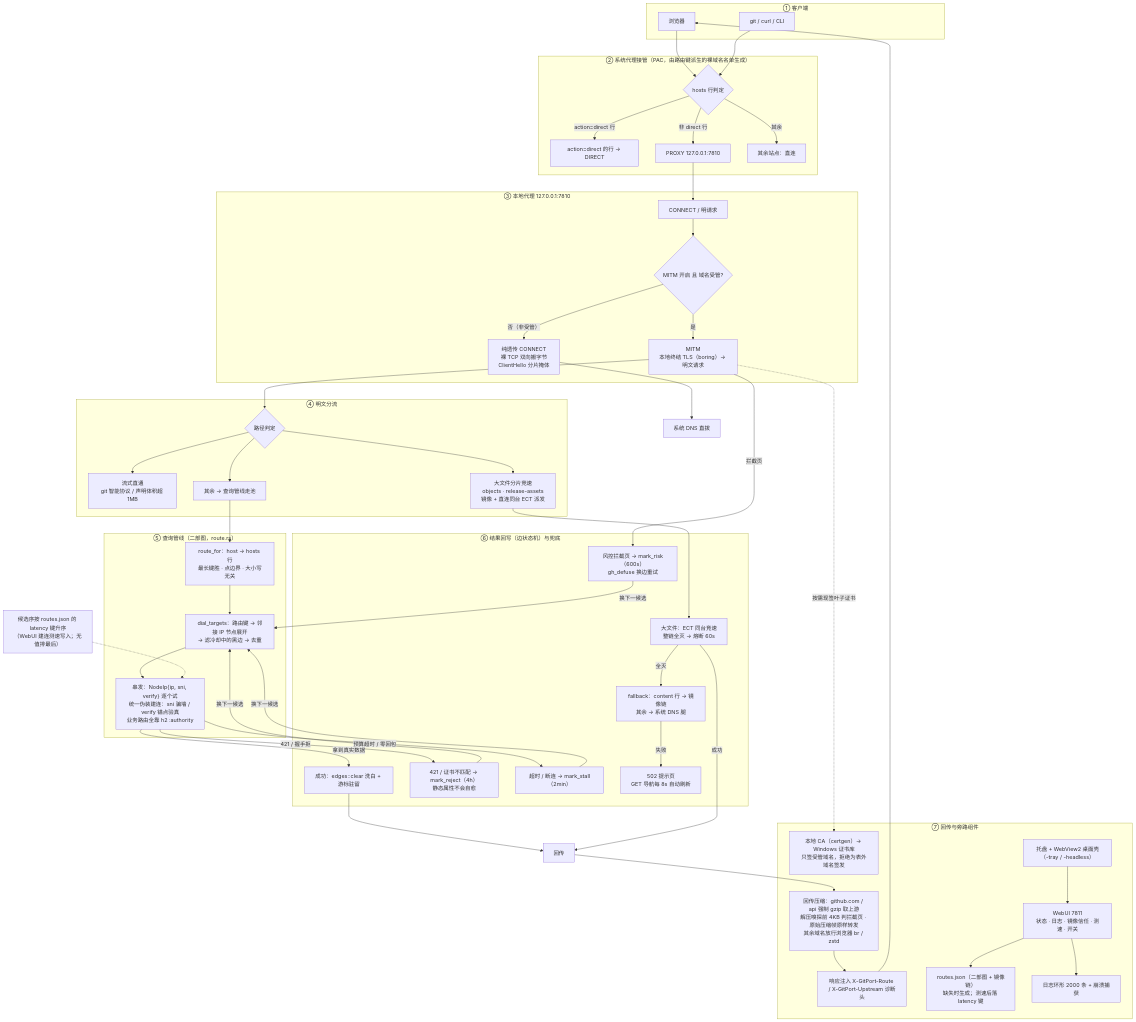
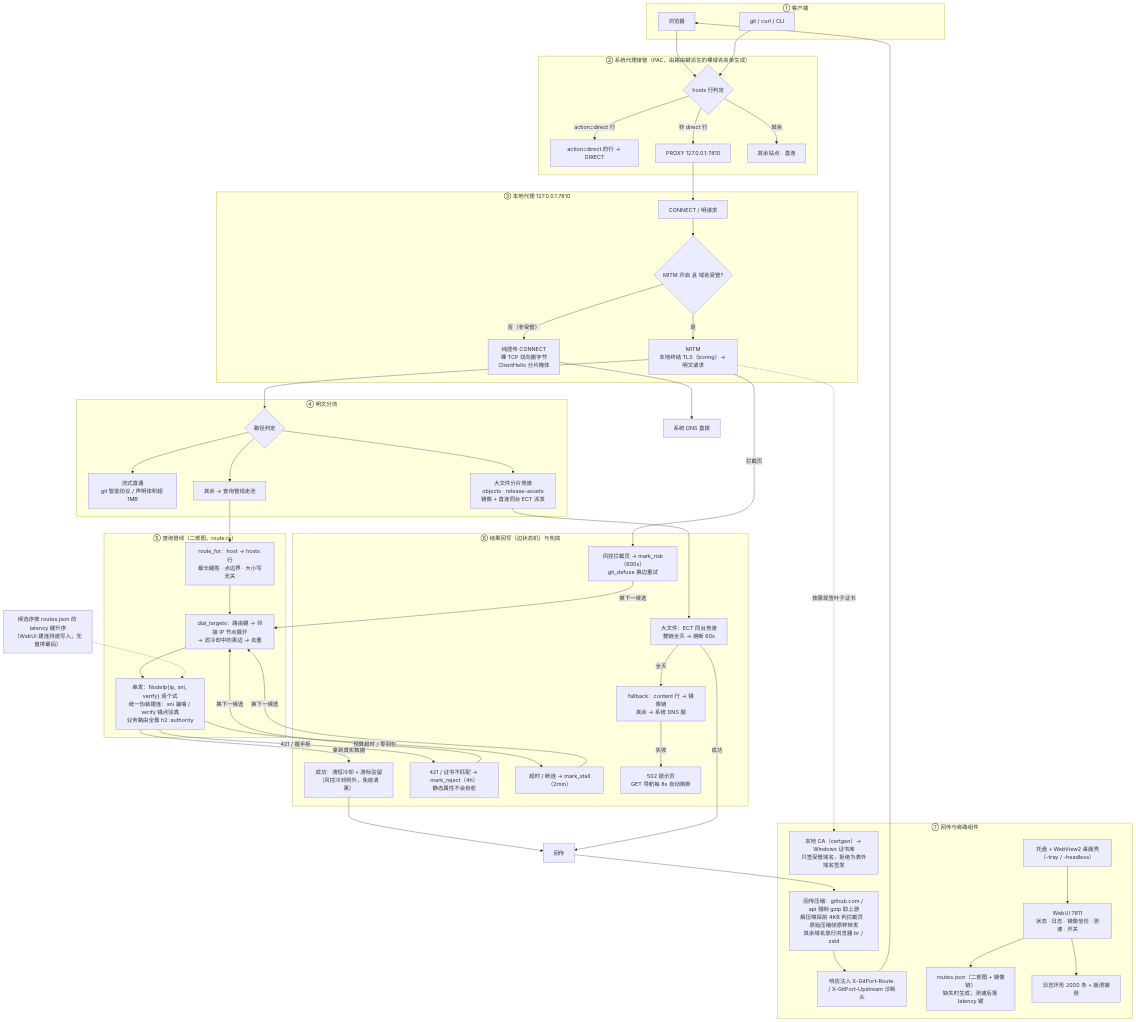
One commit to zhidian-cmd/gitport-github changed the first of 2 diagrams in docs/ARCHITECTURE.md. Above: the diagram before and after it, drawn with Mermaid. The commit also changed other lines of this file and 4 other files, not shown here.

```diff
--- a/docs/ARCHITECTURE.md
+++ b/docs/ARCHITECTURE.md
@@ -53,7 +53,7 @@
     L6B["候选序按 routes.json 的 latency 键升序<br/>（WebUI 建连测速写入；无值排最后）"]
     L6B -.-> D1
     subgraph L6["⑥ 结果回写（边状态机）与兜底"]
-        OK["成功：edges::clear 洗白 + 游标驻留"]
+        OK["成功：清短冷却 + 游标驻留<br/>（风控冷却例外，免疫清黑）"]
         REJ["421 / 证书不匹配 → mark_reject（4h）<br/>静态属性不会自愈"]
         STL["超时 / 断连 → mark_stall（2min）"]
         RISK["风控拦截页 → mark_risk（600s）<br/>gh_defuse 换边重试"]
```
